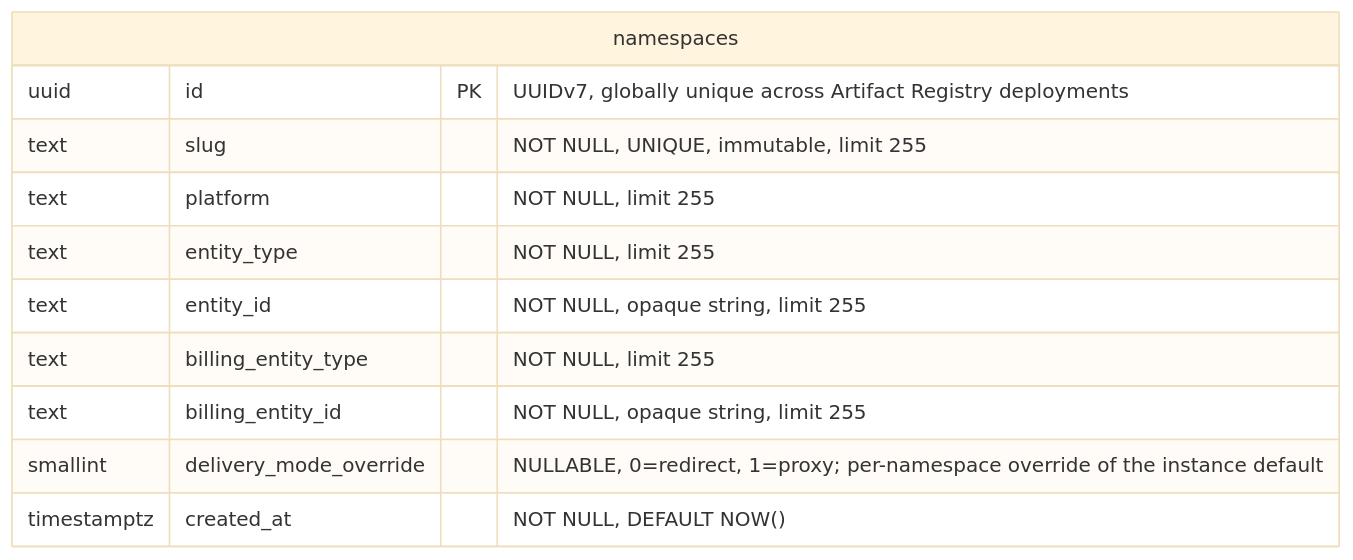
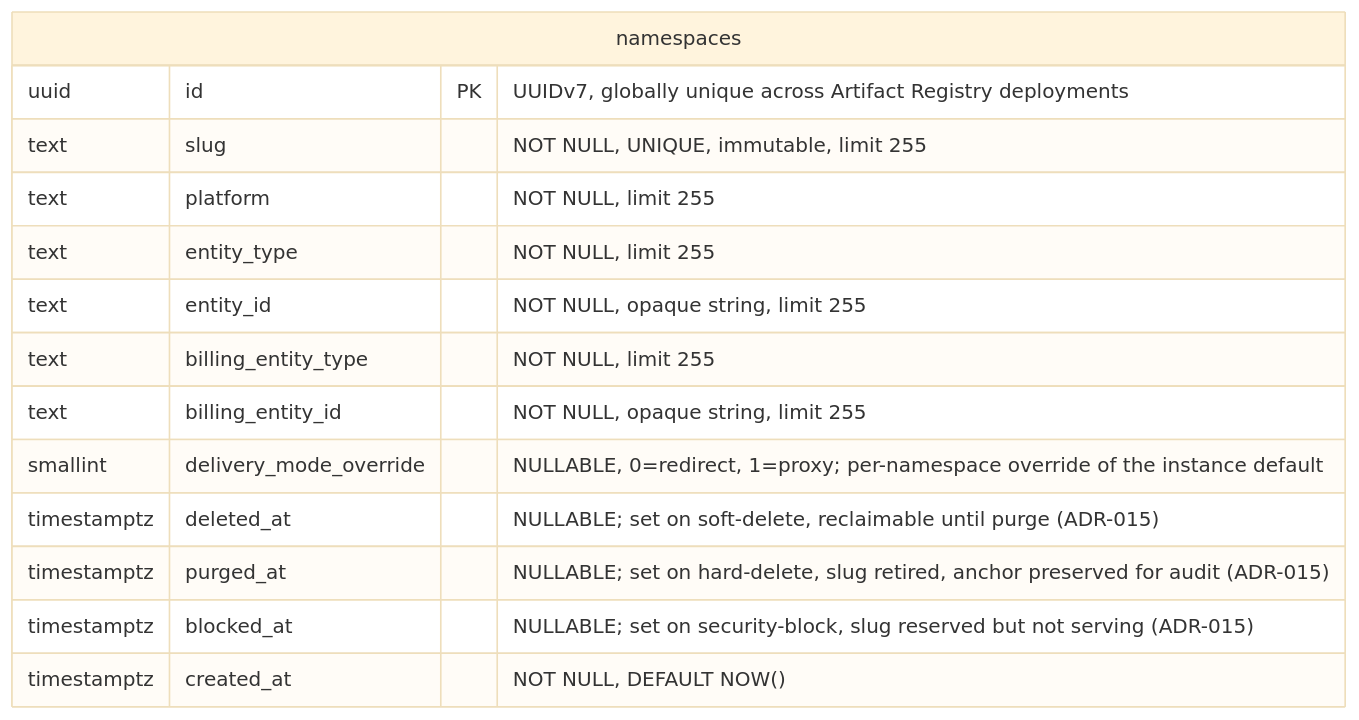
One commit to kyama0/gitlab-handbook-ja changed the first of 19 diagrams in content/handbook/engineering/architecture/design-documents/artifact_registry/decisions/007_database_schema.md. Above: the diagram before and after it, drawn with Mermaid (base theme). The commit also changed other lines of this file and 11 other files, not shown here.

````diff
--- a/content/handbook/engineering/architecture/design-documents/artifact_registry/decisions/007_database_schema.md
+++ b/content/handbook/engineering/architecture/design-documents/artifact_registry/decisions/007_database_schema.md
@@ -51,14 +51,17 @@
 ```mermaid
 erDiagram
     namespaces {
         uuid id PK "UUIDv7, globally unique across Artifact Registry deployments"
         text slug "NOT NULL, UNIQUE, immutable, limit 255"
         text platform "NOT NULL, limit 255"
         text entity_type "NOT NULL, limit 255"
         text entity_id "NOT NULL, opaque string, limit 255"
         text billing_entity_type "NOT NULL, limit 255"
         text billing_entity_id "NOT NULL, opaque string, limit 255"
         smallint delivery_mode_override "NULLABLE, 0=redirect, 1=proxy; per-namespace override of the instance default"
+        timestamptz deleted_at "NULLABLE; set on soft-delete, reclaimable until purge (ADR-015)"
+        timestamptz purged_at "NULLABLE; set on hard-delete, slug retired, anchor preserved for audit (ADR-015)"
+        timestamptz blocked_at "NULLABLE; set on security-block, slug reserved but not serving (ADR-015)"
         timestamptz created_at "NOT NULL, DEFAULT NOW()"
     }
 ```
````
